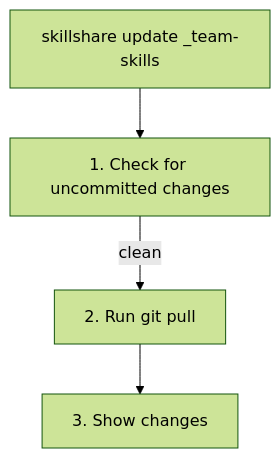
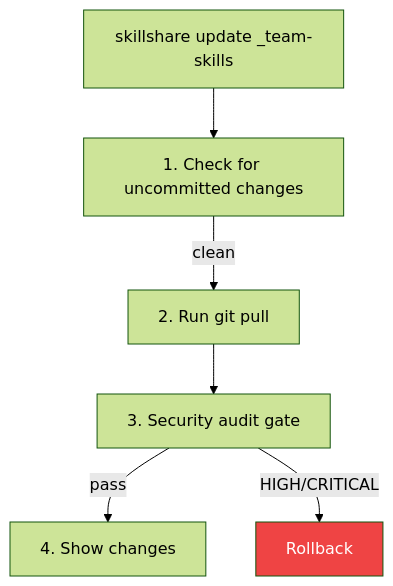
One commit to runkids/skillshare changed the first of 2 diagrams in website/docs/commands/update.md. Above: the diagram before and after it, drawn with Mermaid (forest theme). The commit also changed other lines of this file and 1 other file, not shown here.

First line of the commit message:
docs: update audit and update command docs for supply-chain security features

````diff
--- a/website/docs/commands/update.md
+++ b/website/docs/commands/update.md
@@ -29,8 +29,13 @@
 ```mermaid
 flowchart TD
     TITLE["skillshare update _team-skills"]
     S1["1. Check for uncommitted changes"]
     S2["2. Run git pull"]
-    S3["3. Show changes"]
+    S3["3. Security audit gate"]
+    S4["4. Show changes"]
     TITLE --> S1 -- clean --> S2 --> S3
+    S3 -- pass --> S4
+    S3 -- "HIGH/CRITICAL" --> RB["Rollback"]
+
+    style RB fill:#ef4444,color:#fff
 ```
````
